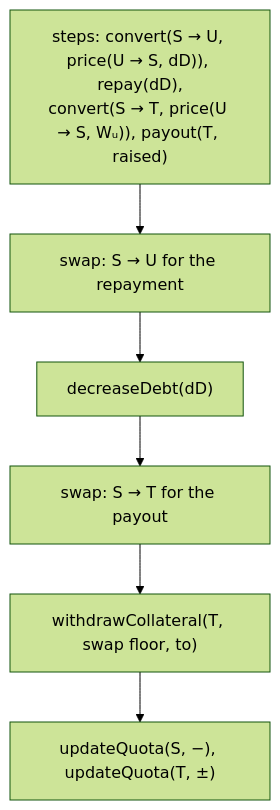
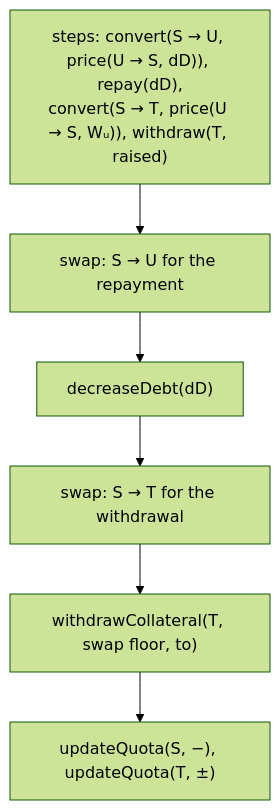
One commit to Gearbox-protocol/sdk changed the fourth of 5 diagrams in docs/intents/withdraw.md. Above: the diagram before and after it, drawn with Mermaid (forest theme). The commit also changed other lines of this file and 53 other files, not shown here.

````diff
--- a/docs/intents/withdraw.md
+++ b/docs/intents/withdraw.md
@@ -102,9 +102,9 @@
 ```mermaid
 flowchart TD
-  s["steps: convert(S → U, price(U → S, dD)), repay(dD),<br/>convert(S → T, price(U → S, Wᵤ)), payout(T, raised)"]
+  s["steps: convert(S → U, price(U → S, dD)), repay(dD),<br/>convert(S → T, price(U → S, Wᵤ)), withdraw(T, raised)"]
   s --> c1["swap: S → U for the repayment"]
   c1 --> c2["decreaseDebt(dD)"]
-  c2 --> c3["swap: S → T for the payout"]
+  c2 --> c3["swap: S → T for the withdrawal"]
   c3 --> c4["withdrawCollateral(T, swap floor, to)"]
   c4 --> q["updateQuota(S, −), updateQuota(T, ±)"]
 ```
````
